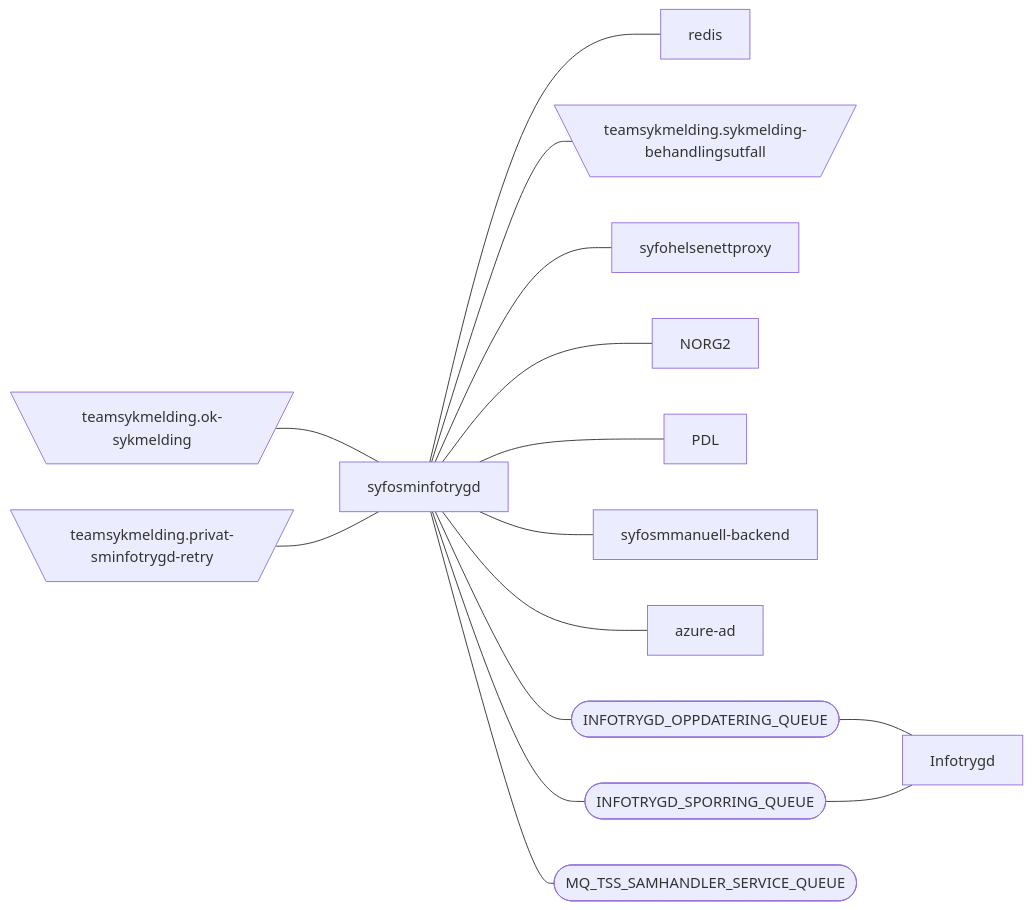
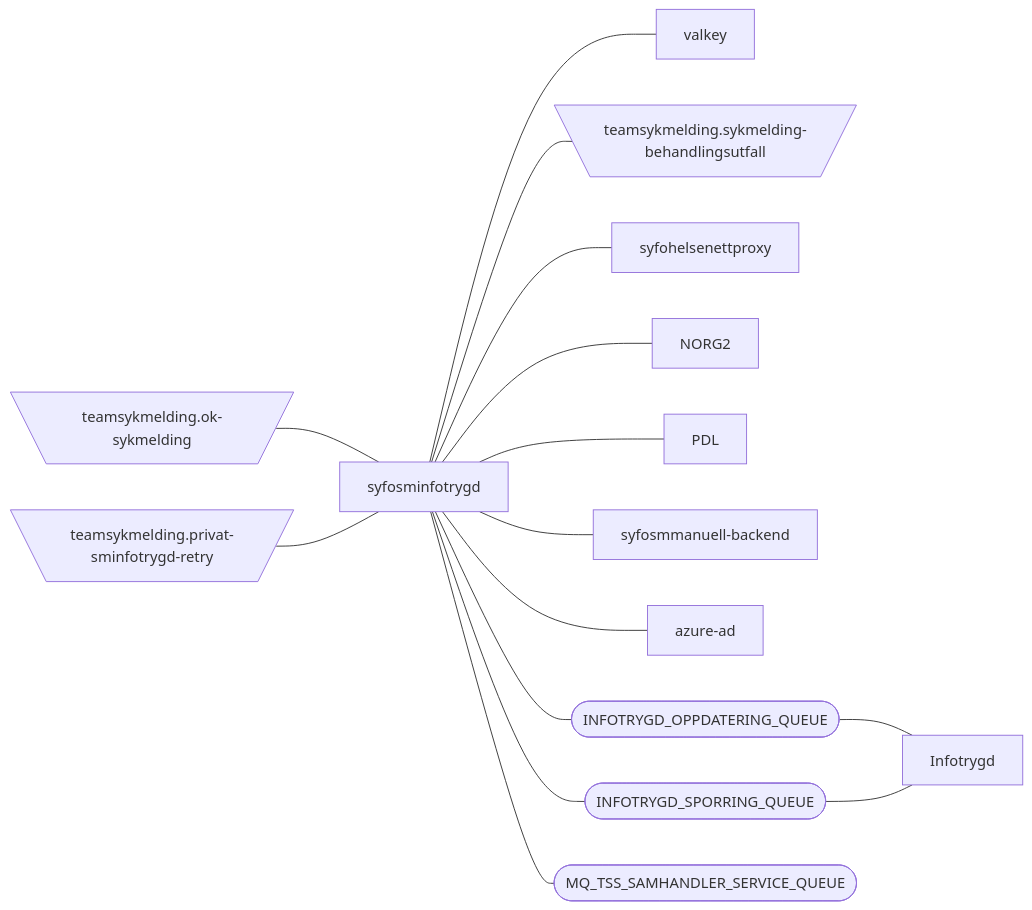
The first of 3 diagrams in README.md (navikt/syfosminfotrygd), drawn with Mermaid before and after one commit. The commit also changed other lines of this file and 19 other files, not shown here.

First line of the commit message:
chore: swap redis with valkey (#392)

````diff
--- a/README.md
+++ b/README.md
@@ -12,20 +12,20 @@
 ```mermaid
   graph LR;
      
       A[\teamsykmelding.ok-sykmelding/] --- syfosminfotrygd;
       B[\teamsykmelding.privat-sminfotrygd-retry/] --- syfosminfotrygd; 
-      syfosminfotrygd --- redis; 
+      syfosminfotrygd --- valkey; 
       syfosminfotrygd --- C[\teamsykmelding.sykmelding-behandlingsutfall/];
       syfosminfotrygd --- syfohelsenettproxy;
       syfosminfotrygd --- NORG2;
       syfosminfotrygd --- PDL;
       syfosminfotrygd --- syfosmmanuell-backend;
       syfosminfotrygd --- azure-ad;
       syfosminfotrygd ---  id2([INFOTRYGD_OPPDATERING_QUEUE]);
       id2([INFOTRYGD_OPPDATERING_QUEUE]) --- Infotrygd;
       syfosminfotrygd --- id3([INFOTRYGD_SPORRING_QUEUE]);
       id3([INFOTRYGD_SPORRING_QUEUE]) --- Infotrygd;
       
       syfosminfotrygd --- id4([MQ_TSS_SAMHANDLER_SERVICE_QUEUE]);
      
 ```
````
